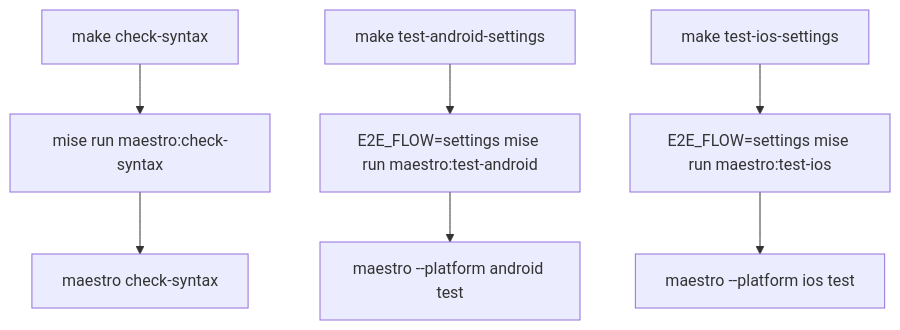
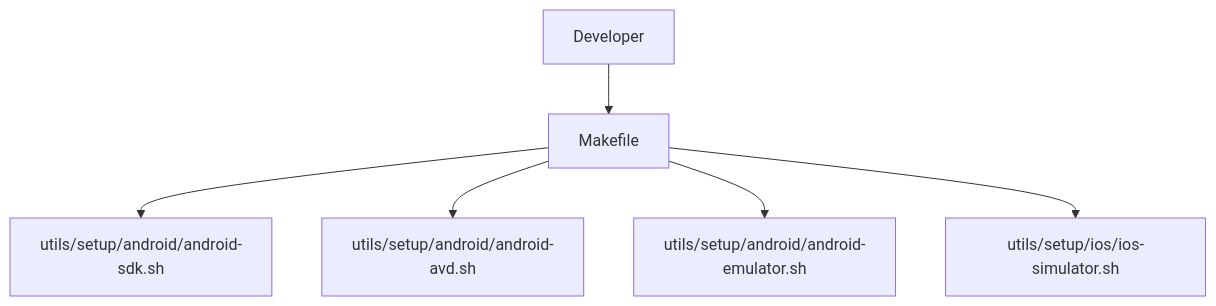
The third of 6 diagrams in docs/ARCHITECTURE.md (gkzz/maestro-playground), drawn with Mermaid before and after one commit. The commit also changed other lines of this file and 4 other files, not shown here.

````diff
--- a/docs/ARCHITECTURE.md
+++ b/docs/ARCHITECTURE.md
@@ -57,18 +78,15 @@
 ```mermaid
 flowchart TB
-  makeCheck[make check-syntax]
-  makeAndroid[make test-android-settings]
-  makeIos[make test-ios-settings]
+  developer[Developer]
+  make[Makefile]
+  androidSdk[utils/setup/android/android-sdk.sh]
+  androidAvd[utils/setup/android/android-avd.sh]
+  androidEmulator[utils/setup/android/android-emulator.sh]
+  iosSimulator[utils/setup/ios/ios-simulator.sh]
 
-  miseCheck[mise run maestro:check-syntax]
-  miseAndroid[E2E_FLOW=settings mise run maestro:test-android]
-  miseIos[E2E_FLOW=settings mise run maestro:test-ios]
-
-  maestroCheck[maestro check-syntax]
-  maestroAndroid[maestro --platform android test]
-  maestroIos[maestro --platform ios test]
-
-  makeCheck --> miseCheck --> maestroCheck
-  makeAndroid --> miseAndroid --> maestroAndroid
-  makeIos --> miseIos --> maestroIos
+  developer --> make
+  make --> androidSdk
+  make --> androidAvd
+  make --> androidEmulator
+  make --> iosSimulator
 ```
````
